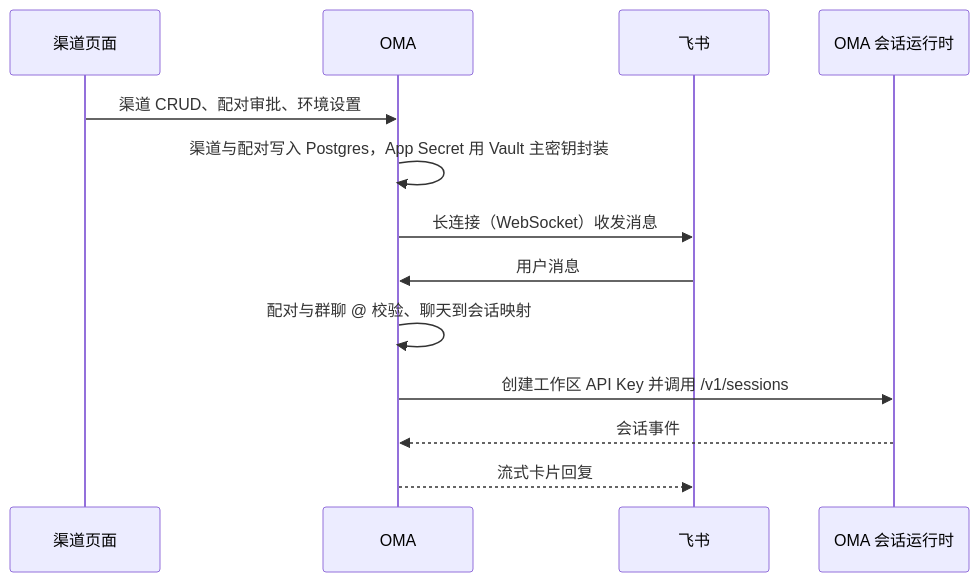
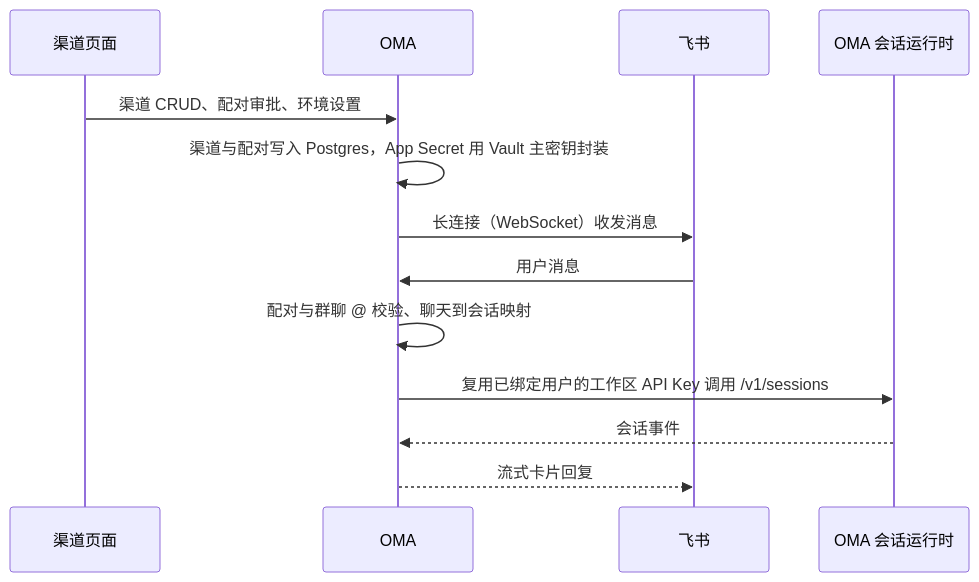
Before and after one commit to superduck-ai/open-managed-agents: the diagram in docs/design/be/feishu-channel-runtime.md, drawn with Mermaid. The commit also changed other lines of this file and 172 other files, not shown here.

````diff
--- a/docs/design/be/feishu-channel-runtime.md
+++ b/docs/design/be/feishu-channel-runtime.md
@@ -15,15 +15,15 @@
 ```mermaid
 sequenceDiagram
   participant U as 渠道页面
   participant O as OMA
   participant F as 飞书
   participant S as OMA 会话运行时
   U->>O: 渠道 CRUD、配对审批、环境设置
   O->>O: 渠道与配对写入 Postgres，App Secret 用 Vault 主密钥封装
   O->>F: 长连接（WebSocket）收发消息
   F->>O: 用户消息
   O->>O: 配对与群聊 @ 校验、聊天到会话映射
-  O->>S: 创建工作区 API Key 并调用 /v1/sessions
+  O->>S: 复用已绑定用户的工作区 API Key 调用 /v1/sessions
   S-->>O: 会话事件
   O-->>F: 流式卡片回复
 ```
````
